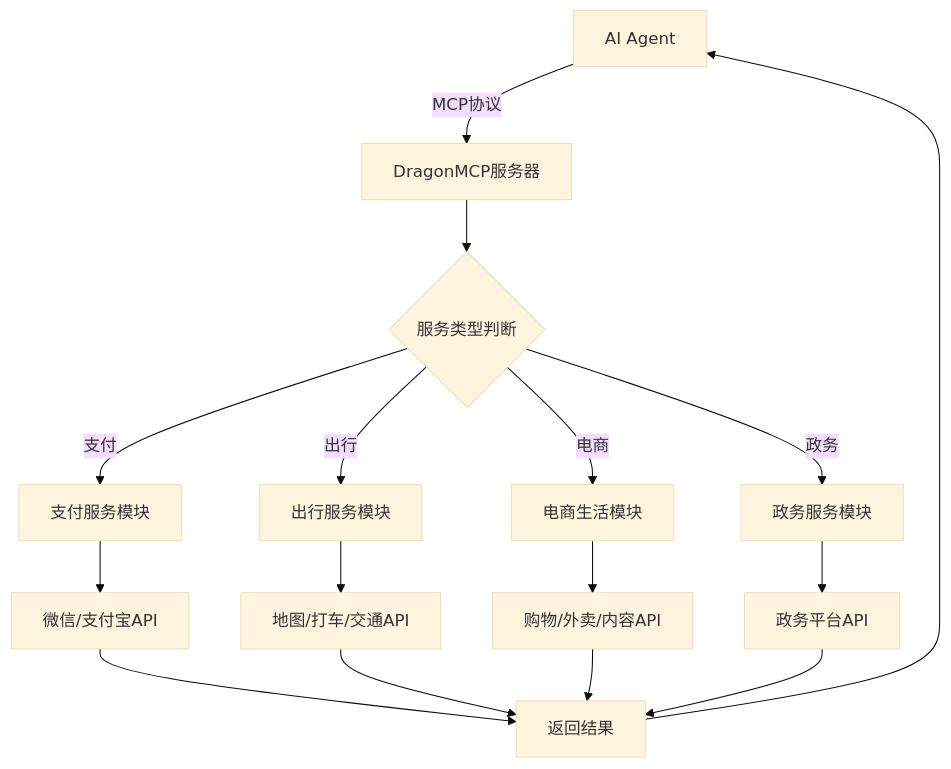
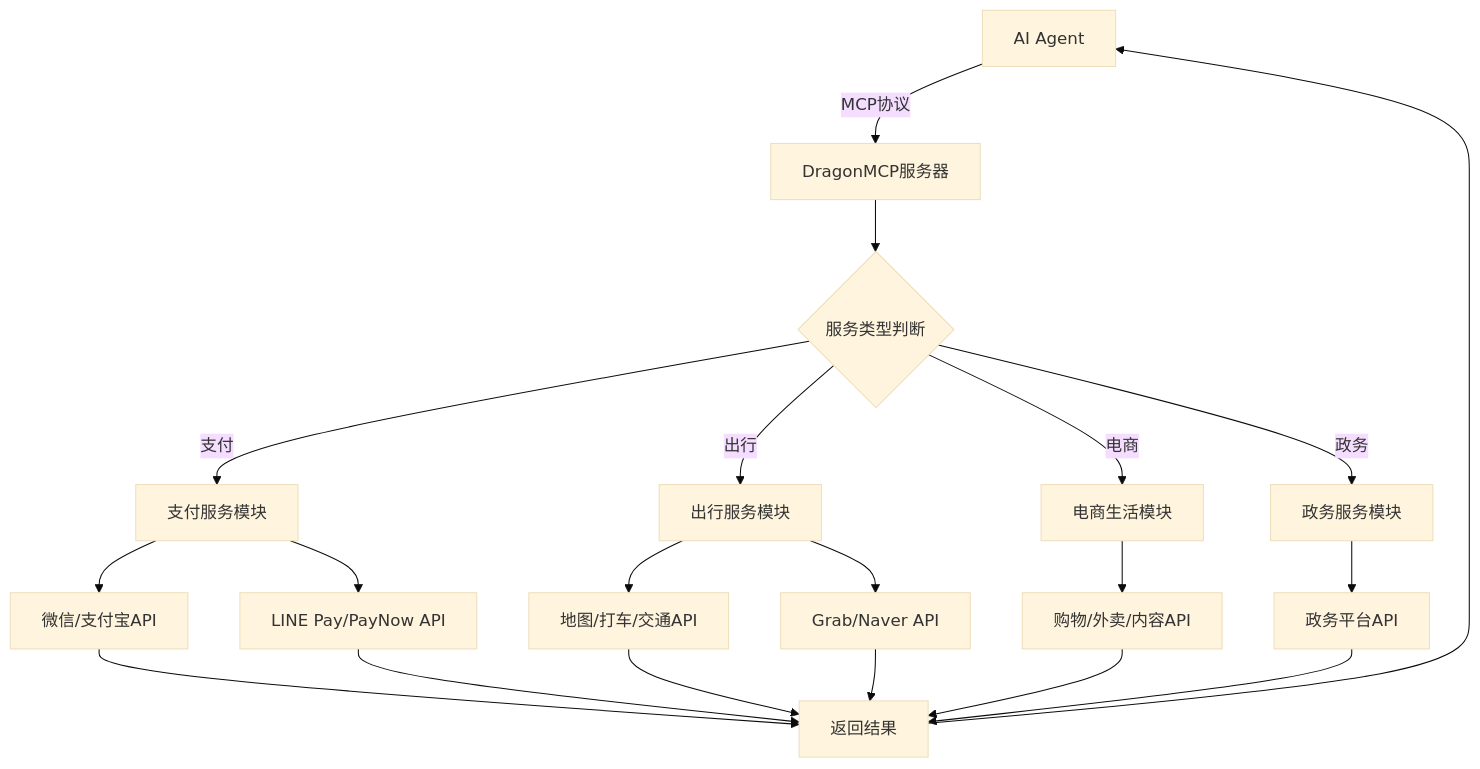
One commit to arthurpanhku/DragonMCP changed the diagram in .trae/documents/dragon_mcp_prd.md. Above: the diagram before and after it, drawn with Mermaid (base theme). The commit also changed other lines of this file and 7 other files, not shown here.

Commit message:
docs: update READMEs, PRD, and architecture docs with Pan-Asia expansion details

````diff
--- a/.trae/documents/dragon_mcp_prd.md
+++ b/.trae/documents/dragon_mcp_prd.md
@@ -50,18 +53,26 @@
 ```mermaid
 graph TD
     A[AI Agent] -->|MCP协议| B[DragonMCP服务器]
     B --> C{服务类型判断}
     C -->|支付| D[支付服务模块]
     C -->|出行| E[出行服务模块]
     C -->|电商| F[电商生活模块]
     C -->|政务| G[政务服务模块]
+    
     D --> H[微信/支付宝API]
+    D --> D1[LINE Pay/PayNow API]
+    
     E --> I[地图/打车/交通API]
+    E --> E1[Grab/Naver API]
+    
     F --> J[购物/外卖/内容API]
     G --> K[政务平台API]
+    
     H --> L[返回结果]
+    D1 --> L
     I --> L
+    E1 --> L
     J --> L
     K --> L
     L --> A
 ```
````
